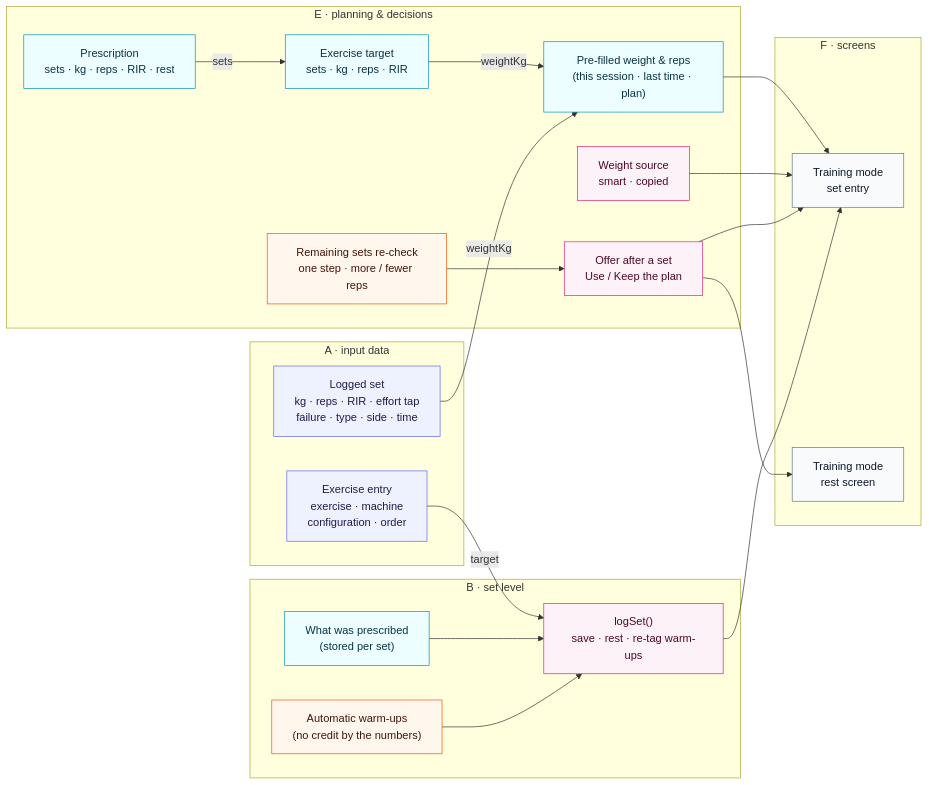
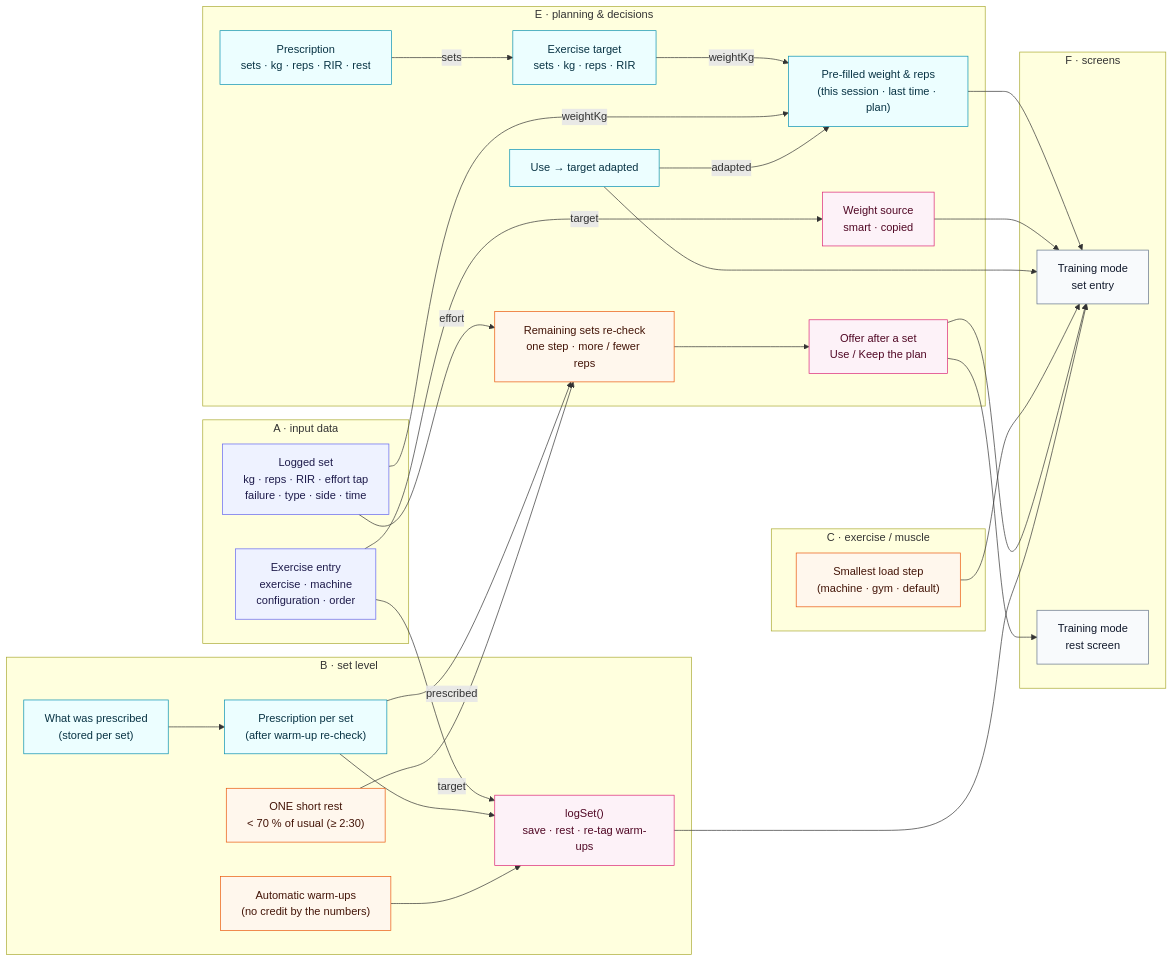
Before and after one commit to seniashinmaksim/gym-rat: the seventh of 8 diagrams in docs/FORMULA_DEPENDENCY_MAP.md, drawn with Mermaid. The commit also changed other lines of this file and 34 other files, not shown here.

````diff
--- a/docs/FORMULA_DEPENDENCY_MAP.md
+++ b/docs/FORMULA_DEPENDENCY_MAP.md
@@ -497,42 +517,56 @@
 ```mermaid
 flowchart LR
   subgraph A["A · input data"]
     in_ex["Exercise entry<br/>exercise · machine<br/>configuration · order"]:::input
     in_set["Logged set<br/>kg · reps · RIR · effort tap<br/>failure · type · side · time"]:::input
   end
   subgraph B["B · set level"]
     logset["logSet()<br/>save · rest · re-tag warm-ups"]:::decision
     prescrec["What was prescribed<br/>(stored per set)"]:::formula
+    withpresc["Prescription per set<br/>(after warm-up re-check)"]:::formula
     warmups["Automatic warm-ups<br/>(no credit by the numbers)"]:::rule
+    shortrest["ONE short rest<br/>< 70 % of usual (≥ 2:30)"]:::rule
+  end
+  subgraph C["C · exercise / muscle"]
+    loadstep["Smallest load step<br/>(machine · gym · default)"]:::rule
   end
   subgraph E["E · planning & decisions"]
     prescribe["Prescription<br/>sets · kg · reps · RIR · rest"]:::formula
     targetp["Exercise target<br/>sets · kg · reps · RIR"]:::formula
     prefill["Pre-filled weight & reps<br/>(this session · last time · plan)"]:::formula
     wsource["Weight source<br/>smart · copied"]:::decision
     adapt["Remaining sets re-check<br/>one step · more / fewer reps"]:::rule
+    applyoffer["Use → target adapted"]:::formula
     offer["Offer after a set<br/>Use / Keep the plan"]:::decision
   end
   subgraph F["F · screens"]
     ui_sets["Training mode<br/>set entry"]:::ui
     ui_rest["Training mode<br/>rest screen"]:::ui
   end
   prescribe -->|sets| targetp
   targetp -->|weightKg| prefill
   in_ex -->|target| logset
   in_set -->|weightKg| prefill
   prefill --> ui_sets
   wsource --> ui_sets
-  prescrec --> logset
+  prescrec --> withpresc
+  withpresc --> logset
   warmups --> logset
+  withpresc -->|prescribed| adapt
+  in_set -->|effort| adapt
+  shortrest --> adapt
+  in_ex -->|target| wsource
+  applyoffer -->|adapted| prefill
+  applyoffer --> ui_sets
+  loadstep --> ui_sets
   adapt --> offer
   offer --> ui_sets
   offer --> ui_rest
   logset --> ui_sets
   classDef input fill:#eef2ff,stroke:#6366f1,color:#1e1b4b
   classDef formula fill:#ecfeff,stroke:#0891b2,color:#083344
   classDef rule fill:#fff7ed,stroke:#ea580c,color:#431407
   classDef aggregation fill:#f0fdf4,stroke:#16a34a,color:#052e16
   classDef decision fill:#fdf2f8,stroke:#db2777,color:#500724
   classDef ui fill:#f8fafc,stroke:#64748b,color:#0f172a
 ```
````
